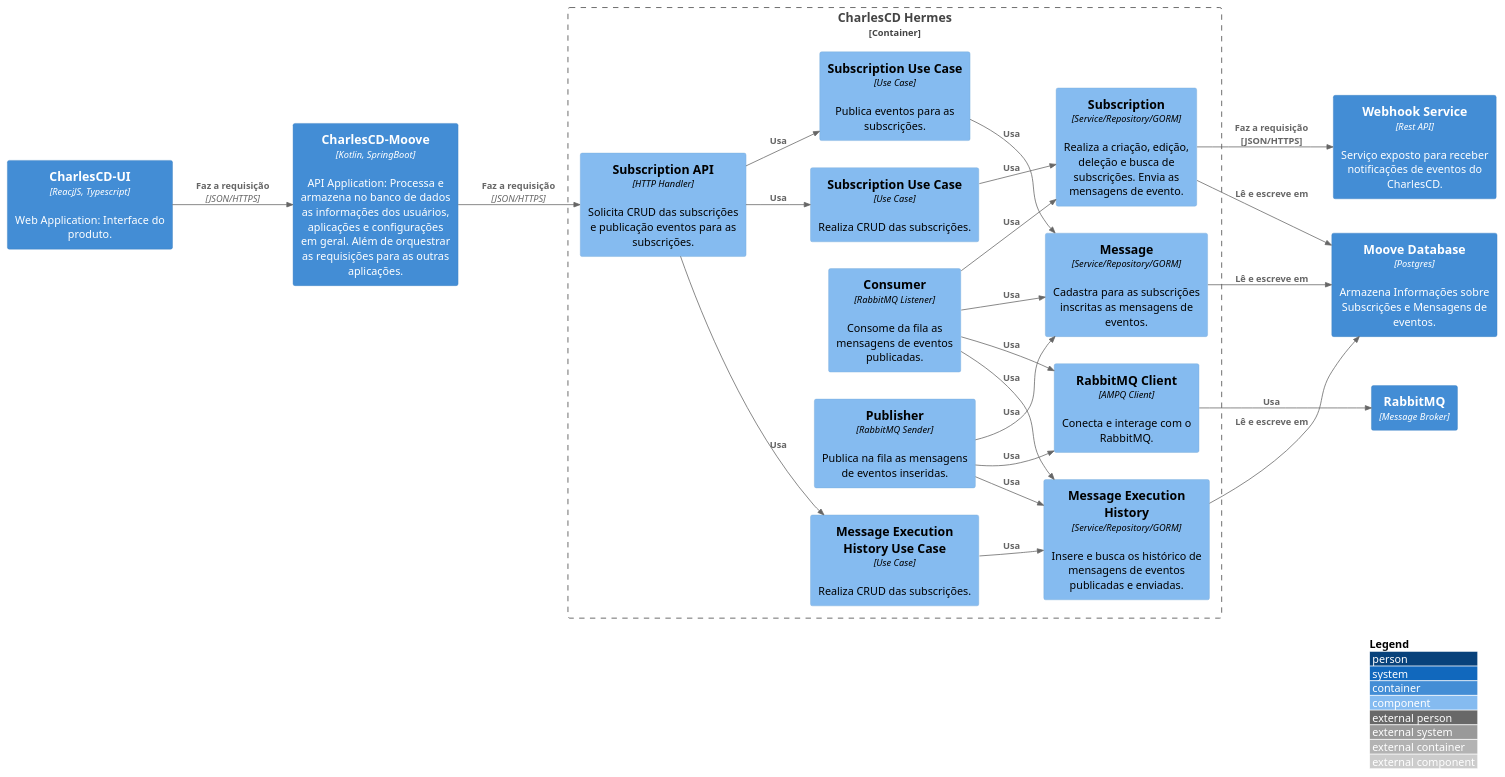
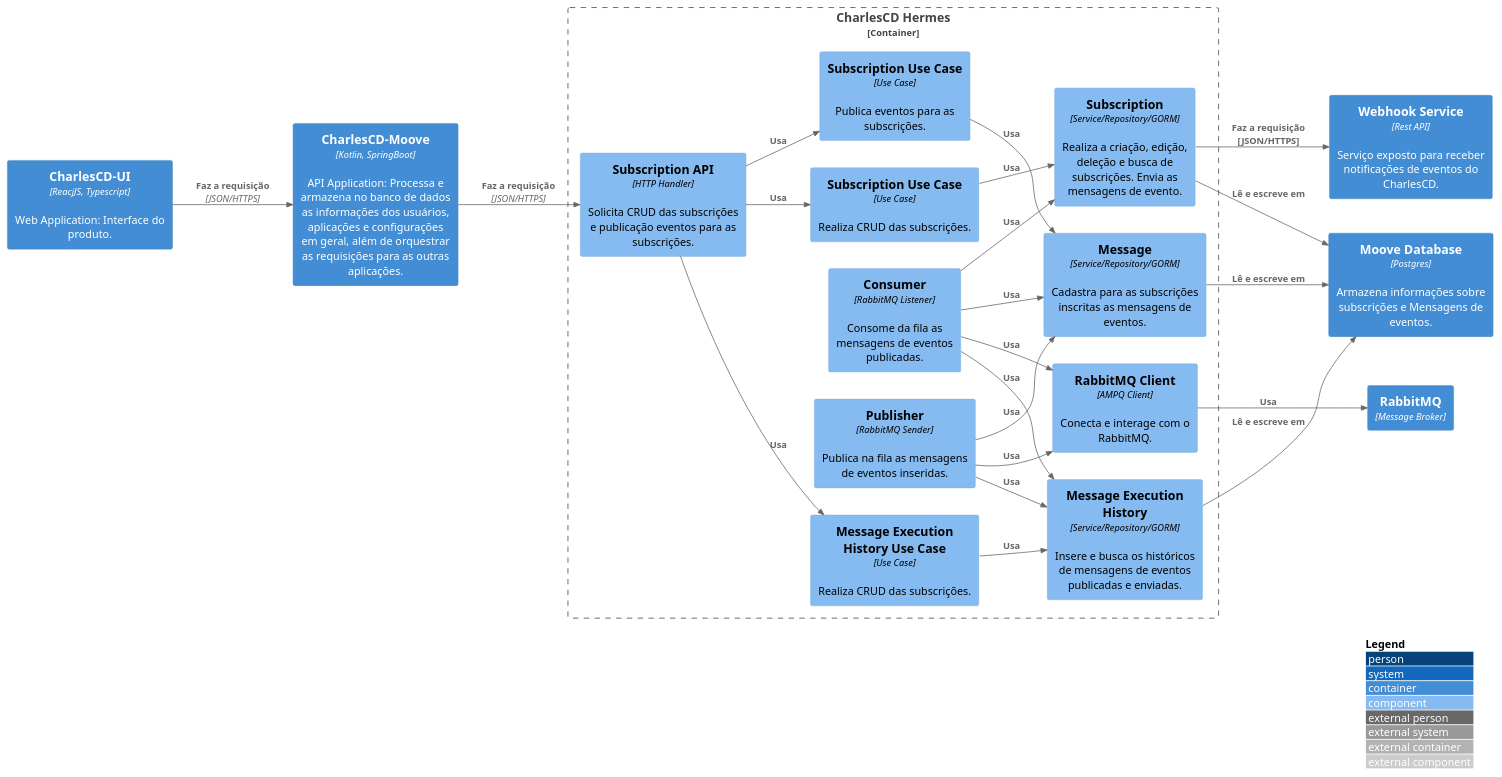
The diagram in pt-br/src/C3 -  Component/Hermes/c3.puml (ZupIT/charlescd-c4model), drawn with PlantUML before and after one commit. The commit also changed 7 other files, not shown here.

```diff
--- a/pt-br/src/C3 -  Component/Hermes/c3.puml
+++ b/pt-br/src/C3 -  Component/Hermes/c3.puml
@@ -1,62 +1,62 @@
 @startuml c2
 !include https://raw.githubusercontent.com/adrianvlupu/C4-PlantUML/latest/C4_Component.puml
 
 LAYOUT_WITH_LEGEND()
 LAYOUT_LEFT_RIGHT()
 
 Container(ui, "CharlesCD-UI", "ReacjJS, Typescript", "Web Application: Interface do produto.")
-Container(moove, "CharlesCD-Moove", "Kotlin, SpringBoot", "API Application: Processa e armazena no banco de dados as informações dos usuários, aplicações e configurações em geral. Além de orquestrar as requisições para as outras aplicações.")
-Container(hermes_database, "Moove Database", "Postgres", "Armazena Informações sobre Subscrições e Mensagens de eventos.")
+Container(moove, "CharlesCD-Moove", "Kotlin, SpringBoot", "API Application: Processa e armazena no banco de dados as informações dos usuários, aplicações e configurações em geral, além de orquestrar as requisições para as outras aplicações.")
+Container(hermes_database, "Moove Database", "Postgres", "Armazena informações sobre subscrições e Mensagens de eventos.")
 Container(webhooks_service, "Webhook Service", "Rest API", "Serviço exposto para receber notificações de eventos do CharlesCD.")
 Container(rabbit_mq, "RabbitMQ", "Message Broker", "")
 
 Container_Boundary(charlescd_gate, "CharlesCD Hermes"){
     
 
     Component(suscription_api, "Subscription API", "HTTP Handler", "Solicita CRUD das subscrições e publicação eventos para as subscrições.")
     Component(suscription_use_case, "Subscription Use Case", "Use Case", "Realiza CRUD das subscrições.")
     Component(message_use_case, "Subscription Use Case", "Use Case", "Publica eventos para as subscrições.")
     Component(message_execution_history_use_case, "Message Execution History Use Case", "Use Case", "Realiza CRUD das subscrições.")
     
     Component(subscription, "Subscription", "Service/Repository/GORM", "Realiza a criação, edição, deleção e busca de subscrições. Envia as mensagens de evento.")
     Component(message, "Message", "Service/Repository/GORM", "Cadastra para as subscrições inscritas as mensagens de eventos.")
-    Component(message_execution_history, "Message Execution History", "Service/Repository/GORM", "Insere e busca os histórico de mensagens de eventos publicadas e enviadas.")
+    Component(message_execution_history, "Message Execution History", "Service/Repository/GORM", "Insere e busca os históricos de mensagens de eventos publicadas e enviadas.")
     
     
     Component(consumer, "Consumer", "RabbitMQ Listener", "Consome da fila as mensagens de eventos publicadas.")
     Component(publisher, "Publisher", "RabbitMQ Sender", "Publica na fila as mensagens de eventos inseridas.")
     Component(ampq_client, "RabbitMQ Client", "AMPQ Client", "Conecta e interage com o RabbitMQ.")
 
    
     Rel(suscription_api, suscription_use_case, "Usa")
     Rel(suscription_api, message_use_case, "Usa")
     Rel(suscription_api, message_execution_history_use_case, "Usa")
 
     Rel(suscription_use_case, subscription, "Usa")
     Rel(message_use_case, message, "Usa")
     Rel(message_execution_history_use_case, message_execution_history, "Usa")
     
     Rel(subscription, webhooks_service, "Faz a requisição [JSON/HTTPS]")
     Rel(subscription, hermes_database, "Lê e escreve em")
     Rel(message, hermes_database, "Lê e escreve em")
     Rel(message_execution_history, hermes_database, "Lê e escreve em")
 
      
     Rel(consumer, ampq_client, "Usa")
     Rel(publisher, ampq_client, "Usa")
     Rel(publisher, message, "Usa")
     Rel(publisher, message_execution_history, "Usa")
     Rel(consumer, message, "Usa")
     Rel(consumer, message_execution_history, "Usa")
     Rel(consumer, subscription, "Usa")
 
     Rel(ampq_client, rabbit_mq, "Usa")
    
 }
 
 
 Rel(ui, moove, "Faz a requisição", "JSON/HTTPS")
 Rel(moove, suscription_api, "Faz a requisição", "JSON/HTTPS")
 
 
 @enduml
```
